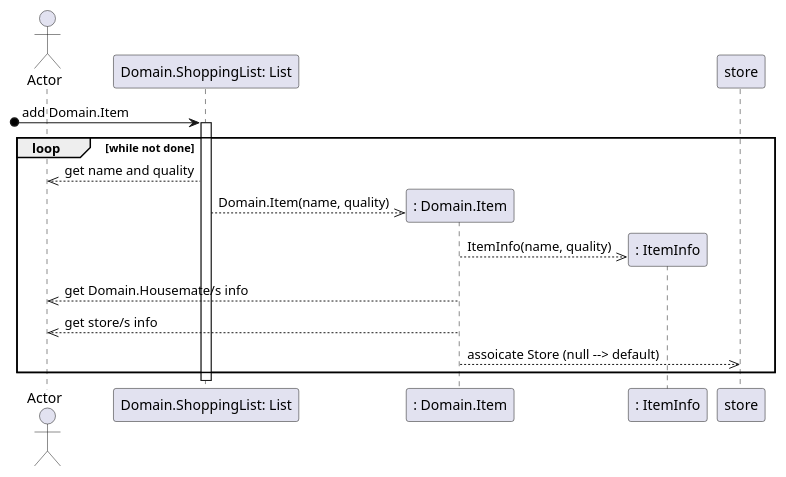
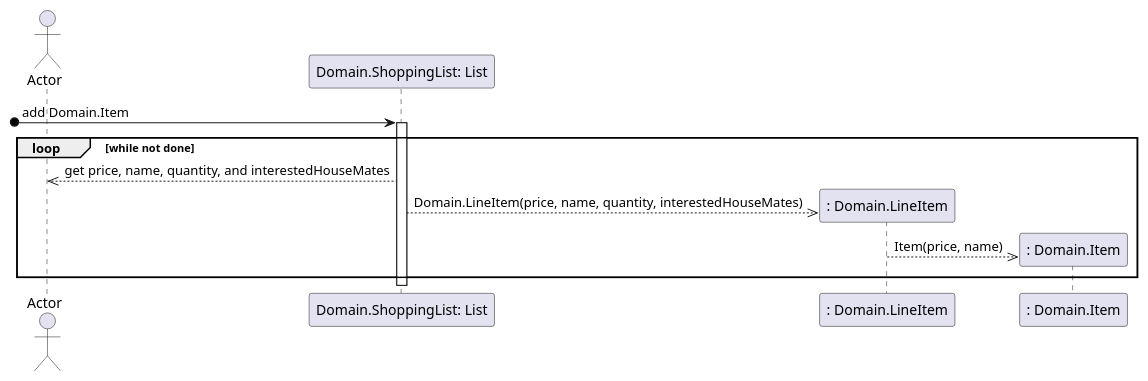
One commit to willemnielsen/House-App changed the second of 4 diagrams in doc/design.md. Above: the diagram before and after it, drawn with PlantUML.

Commit message:
made add item sequence diagram reflect the source code

````diff
--- a/doc/design.md
+++ b/doc/design.md
@@ -60,27 +60,24 @@
 ```plantuml
 
 @startuml
 actor Actor as Actor
 participant "Domain.ShoppingList: List" as shoppingList
+participant ": Domain.LineItem" as lineItem
 participant ": Domain.Item" as item
-participant ": ItemInfo" as itemInfo
 
 
 [o-> shoppingList : add Domain.Item
 activate shoppingList
 
 loop while not done
-    shoppingList -->> Actor  : get name and quality
-    shoppingList -->> item **: Domain.Item(name, quality)
-    item -->> itemInfo **: ItemInfo(name, quality)
-    item -->> Actor : get Domain.Housemate/s info
-    item -->> Actor : get store/s info
-    item -->> store : assoicate Store (null --> default)
+    shoppingList -->> Actor  : get price, name, quantity, and interestedHouseMates
+    shoppingList -->> lineItem **: Domain.LineItem(price, name, quantity, interestedHouseMates)
+    lineItem -->> item **: Item(price, name)
 
 end
 
 activate shoppingList
 
 
 @enduml
 ```
````
